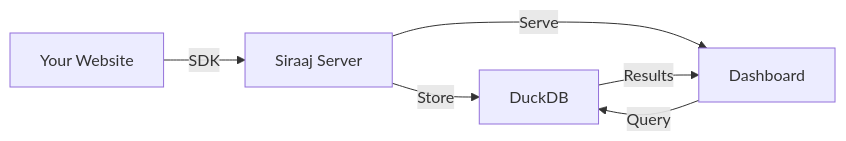
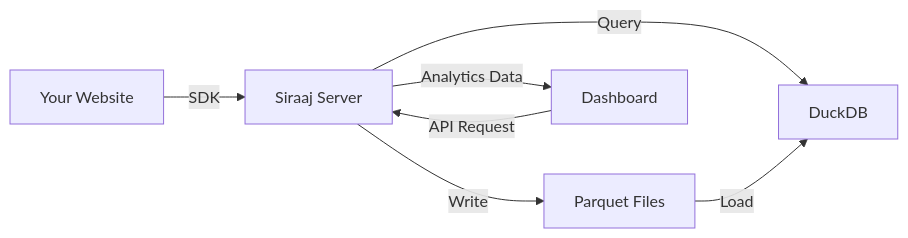
One commit to mohamedelhefni/Siraaj changed the diagram in docs/guide/introduction.md. Above: the diagram before and after it, drawn with Mermaid. The commit also changed other lines of this file and 11 other files, not shown here.

````diff
--- a/docs/guide/introduction.md
+++ b/docs/guide/introduction.md
@@ -47,8 +67,9 @@
 ```mermaid
 graph LR
     A[Your Website] -->|SDK| B[Siraaj Server]
-    B -->|Store| C[DuckDB]
-    B -->|Serve| D[Dashboard]
-    D -->|Query| C
-    C -->|Results| D
+    B -->|Write| C[Parquet Files]
+    B -->|Query| D[DuckDB]
+    C -->|Load| D
+    E[Dashboard] -->|API Request| B
+    B -->|Analytics Data| E
 ```
````
